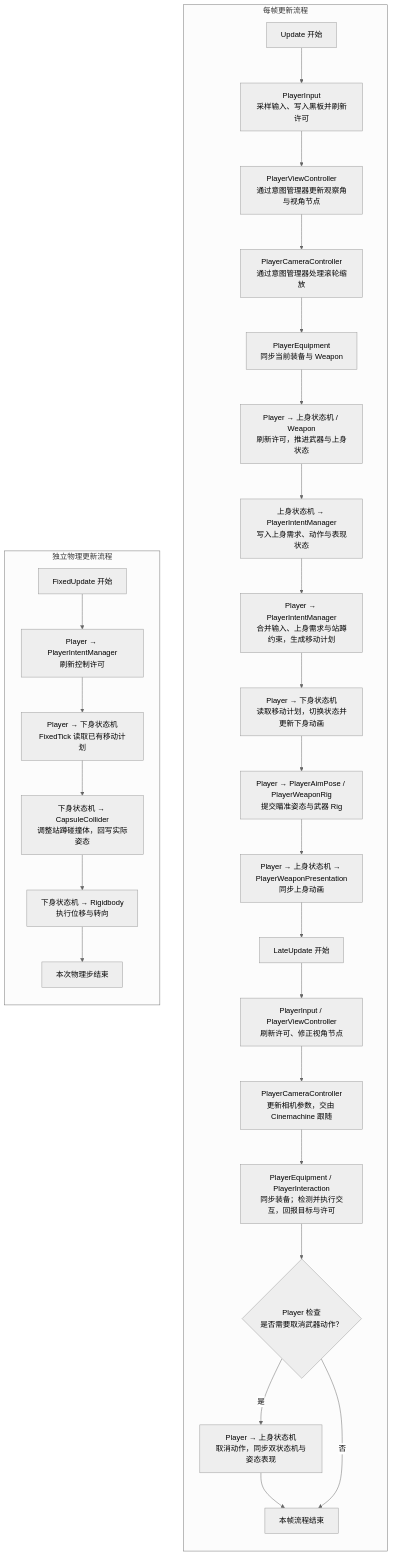
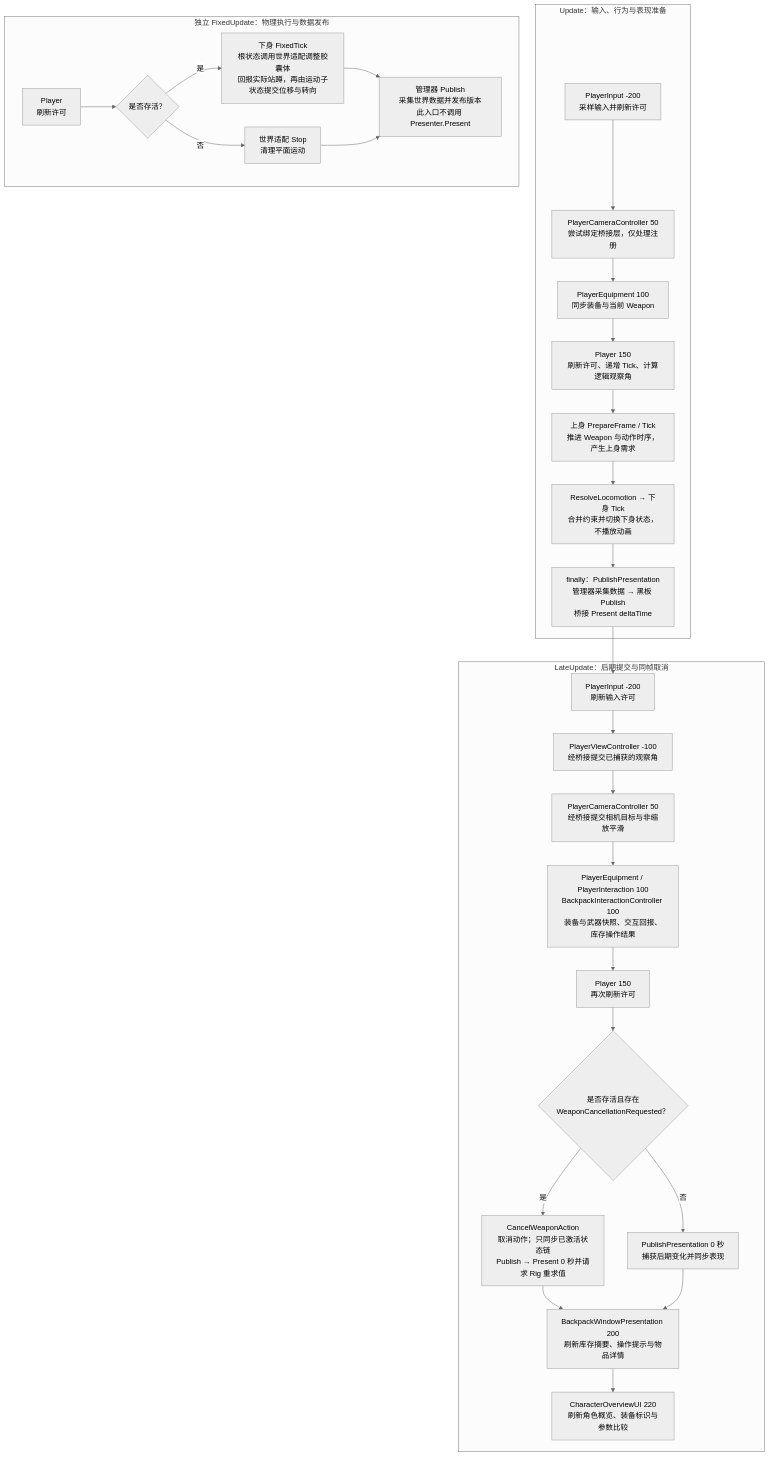
One commit to qwqwmwpwp/RPG-2 changed the fifth of 5 diagrams in Assets/文档/Player组件框架与调用时序.md. Above: the diagram before and after it, drawn with Mermaid (neutral theme). The commit also changed other lines of this file and 386 other files, not shown here.

````diff
--- a/Assets/文档/Player组件框架与调用时序.md
+++ b/Assets/文档/Player组件框架与调用时序.md
@@ -71,39 +201,44 @@
 ```mermaid
 flowchart TB
-    subgraph Frame[每帧更新流程]
-        direction TB
-        U0["Update 开始"]
-        U1["PlayerInput<br/>采样输入、写入黑板并刷新许可"]
-        U2["PlayerViewController<br/>通过意图管理器更新观察角与视角节点"]
-        U3["PlayerCameraController<br/>通过意图管理器处理滚轮缩放"]
-        U4["PlayerEquipment<br/>同步当前装备与 Weapon"]
-        U5["Player → 上身状态机 / Weapon<br/>刷新许可，推进武器与上身状态"]
-        U6["上身状态机 → PlayerIntentManager<br/>写入上身需求、动作与表现状态"]
-        U7["Player → PlayerIntentManager<br/>合并输入、上身需求与站蹲约束，生成移动计划"]
-        U8["Player → 下身状态机<br/>读取移动计划，切换状态并更新下身动画"]
-        U9["Player → PlayerAimPose / PlayerWeaponRig<br/>提交瞄准姿态与武器 Rig"]
-        U10["Player → 上身状态机 → PlayerWeaponPresentation<br/>同步上身动画"]
-        L0["LateUpdate 开始"]
-        L1["PlayerInput / PlayerViewController<br/>刷新许可、修正视角节点"]
-        L2["PlayerCameraController<br/>更新相机参数，交由 Cinemachine 跟随"]
-        L3["PlayerEquipment / PlayerInteraction<br/>同步装备；检测并执行交互，回报目标与许可"]
-        L4{"Player 检查<br/>是否需要取消武器动作？"}
-        L5["Player → 上身状态机<br/>取消动作，同步双状态机与姿态表现"]
-        Done["本帧流程结束"]
-        U0 --> U1 --> U2 --> U3 --> U4 --> U5 --> U6 --> U7 --> U8 --> U9 --> U10
-        U10 --> L0 --> L1 --> L2 --> L3 --> L4
-        L4 -->|是| L5 --> Done
-        L4 -->|否| Done
+    subgraph UpdateStage["Update：输入、行为与表现准备"]
+        U1["PlayerInput -200<br/>采样输入并刷新许可"]
+        U2["PlayerCameraController 50<br/>尝试绑定桥接层，仅处理注册"]
+        U3["PlayerEquipment 100<br/>同步装备与当前 Weapon"]
+        U4["Player 150<br/>刷新许可、递增 Tick、计算逻辑观察角"]
+        U5["上身 PrepareFrame / Tick<br/>推进 Weapon 与动作时序，产生上身需求"]
+        U6["ResolveLocomotion → 下身 Tick<br/>合并约束并切换下身状态，不播放动画"]
+        U7["finally：PublishPresentation<br/>管理器采集数据 → 黑板 Publish<br/>桥接 Present deltaTime"]
+        U1 --> U2 --> U3 --> U4 --> U5 --> U6 --> U7
     end
 
-    subgraph Physics[独立物理更新流程]
-        direction TB
-        F0["FixedUpdate 开始"]
-        F1["Player → PlayerIntentManager<br/>刷新控制许可"]
-        F2["Player → 下身状态机<br/>FixedTick 读取已有移动计划"]
-        F3["下身状态机 → CapsuleCollider<br/>调整站蹲碰撞体，回写实际姿态"]
-        F4["下身状态机 → Rigidbody<br/>执行位移与转向"]
-        F5["本次物理步结束"]
-        F0 --> F1 --> F2 --> F3 --> F4 --> F5
+    subgraph LateStage["LateUpdate：后期提交与同帧取消"]
+        L1["PlayerInput -200<br/>刷新输入许可"]
+        L2["PlayerViewController -100<br/>经桥接提交已捕获的观察角"]
+        L3["PlayerCameraController 50<br/>经桥接提交相机目标与非缩放平滑"]
+        L4["PlayerEquipment / PlayerInteraction 100<br/>BackpackInteractionController 100<br/>装备与武器快照、交互回报、库存操作结果"]
+        L5["Player 150<br/>再次刷新许可"]
+        L6{"是否存活且存在<br/>WeaponCancellationRequested？"}
+        L7["CancelWeaponAction<br/>取消动作；只同步已激活状态链<br/>Publish → Present 0 秒并请求 Rig 重求值"]
+        L8["PublishPresentation 0 秒<br/>捕获后期变化并同步表现"]
+        L9["BackpackWindowPresentation 200<br/>刷新库存摘要、操作提示与物品详情"]
+        L10["CharacterOverviewUI 220<br/>刷新角色概览、装备标识与参数比较"]
+        L1 --> L2 --> L3 --> L4 --> L5 --> L6
+        L6 -->|是| L7
+        L6 -->|否| L8
+        L7 --> L9
+        L8 --> L9
+        L9 --> L10
+    end
+    U7 --> L1
+
+    subgraph FixedStage["独立 FixedUpdate：物理执行与数据发布"]
+        F1["Player<br/>刷新许可"]
+        F2{"是否存活？"}
+        F3["下身 FixedTick<br/>根状态调用世界适配调整胶囊体<br/>回报实际站蹲，再由运动子状态提交位移与转向"]
+        F4["世界适配 Stop<br/>清理平面运动"]
+        F5["管理器 Publish<br/>采集世界数据并发布版本<br/>此入口不调用 Presenter.Present"]
+        F1 --> F2
+        F2 -->|是| F3 --> F5
+        F2 -->|否| F4 --> F5
     end
 ```
````
